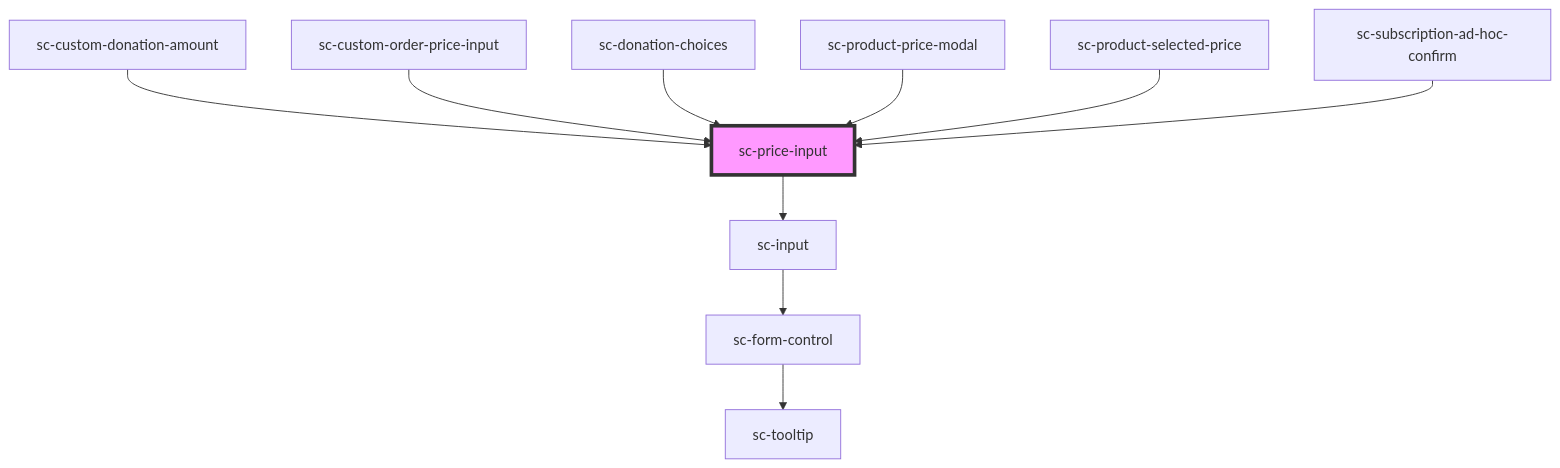
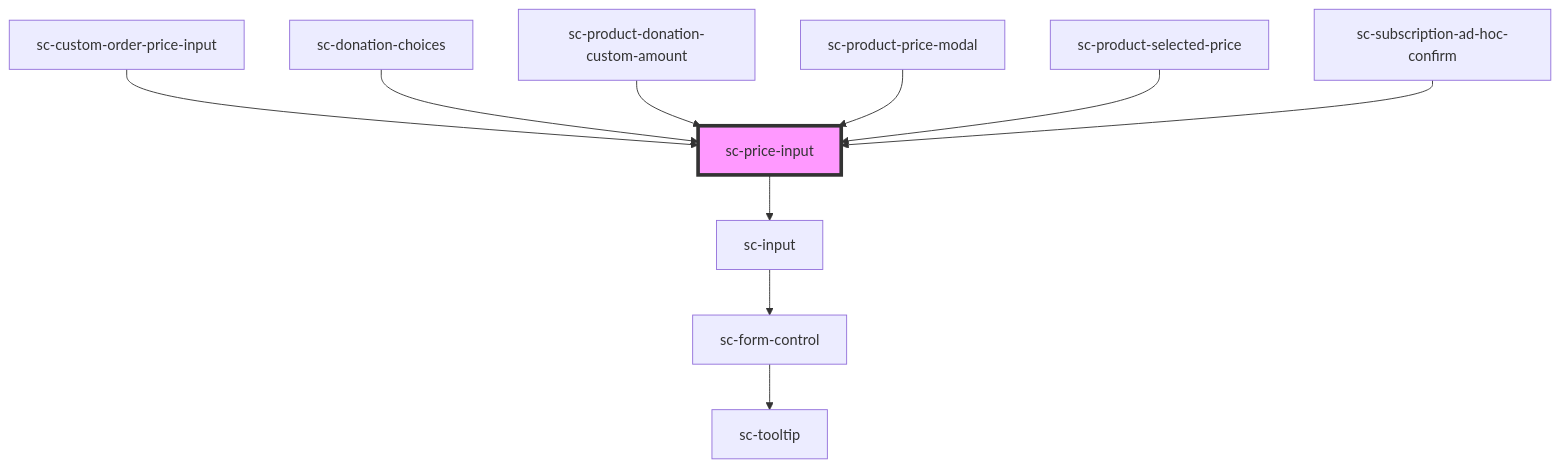
The diagram in packages/components/src/components/ui/price-input/readme.md (surecart/surecart-wp-plugin), drawn with Mermaid before and after one commit. The commit also changed other lines of this file and 35 other files, not shown here.

````diff
--- a/packages/components/src/components/ui/price-input/readme.md
+++ b/packages/components/src/components/ui/price-input/readme.md
@@ -115,13 +115,13 @@
 ```mermaid
 graph TD;
   sc-price-input --> sc-input
   sc-input --> sc-form-control
   sc-form-control --> sc-tooltip
-  sc-custom-donation-amount --> sc-price-input
   sc-custom-order-price-input --> sc-price-input
   sc-donation-choices --> sc-price-input
+  sc-product-donation-custom-amount --> sc-price-input
   sc-product-price-modal --> sc-price-input
   sc-product-selected-price --> sc-price-input
   sc-subscription-ad-hoc-confirm --> sc-price-input
   style sc-price-input fill:#f9f,stroke:#333,stroke-width:4px
 ```
````
